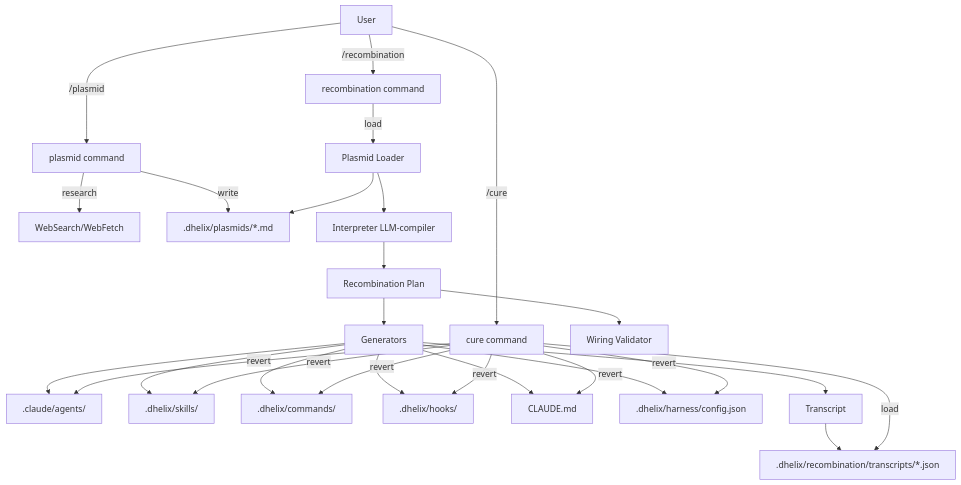
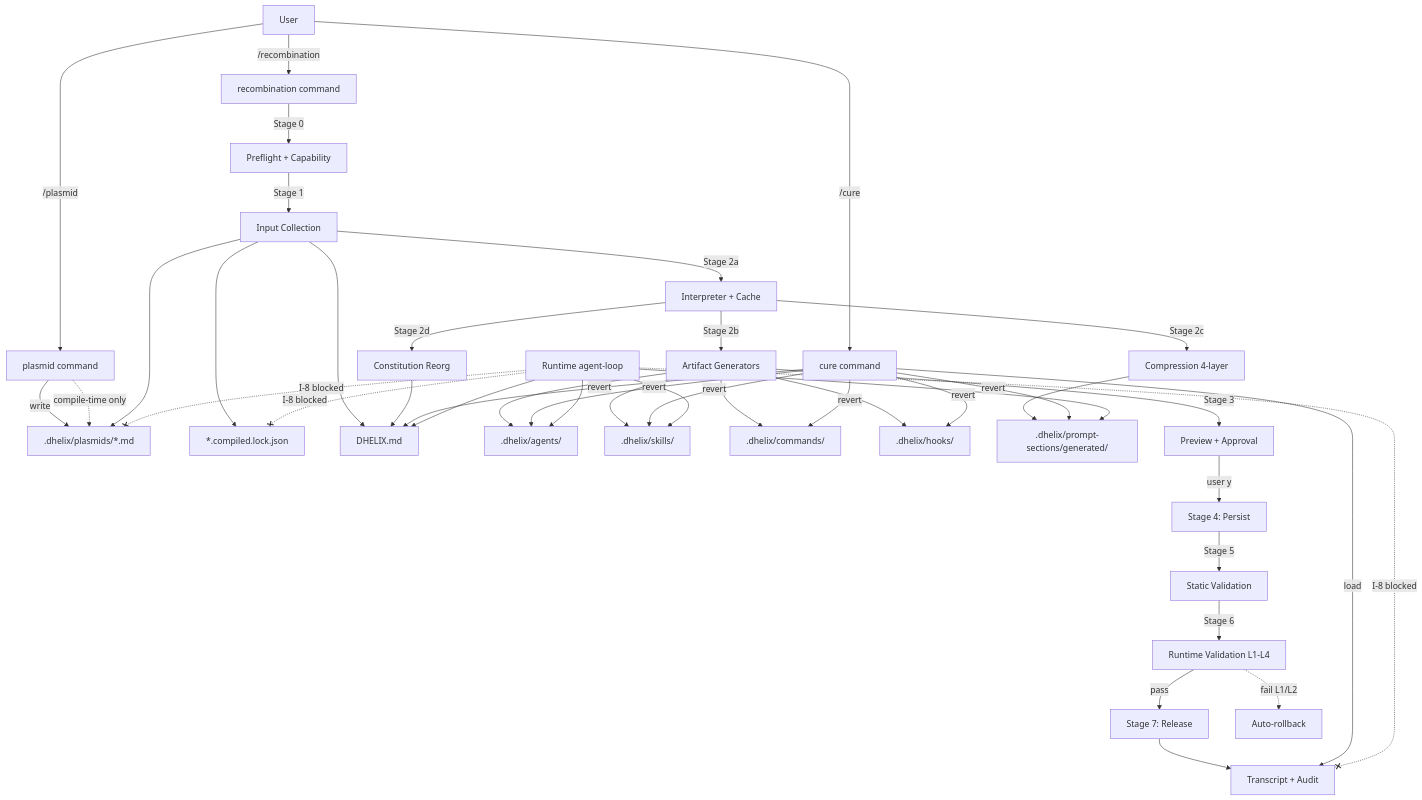
The diagram in docs/prd/plasmid-recombination-system.md (bigbulgogiburger/DHelix-Code), drawn with Mermaid before and after one commit. The commit also changed other lines of this file and 3 other files, not shown here.

````diff
--- a/docs/prd/plasmid-recombination-system.md
+++ b/docs/prd/plasmid-recombination-system.md
@@ -637,27 +867,50 @@
 ```mermaid
 graph TD
     U[User] -->|/plasmid| PCMD[plasmid command]
     U -->|/recombination| RCMD[recombination command]
     U -->|/cure| CCMD[cure command]
 
-    PCMD -->|research| WEB[WebSearch/WebFetch]
     PCMD -->|write| PFILE[.dhelix/plasmids/*.md]
+    PCMD -.compile-time only.-> PFILE
 
-    RCMD -->|load| PLOADER[Plasmid Loader]
-    PLOADER --> PFILE
-    PLOADER --> INTERP[Interpreter LLM-compiler]
-    INTERP --> PLAN[Recombination Plan]
-    PLAN --> GEN[Generators]
-    GEN --> AGENTS[.claude/agents/]
+    RCMD -->|Stage 0| PREFLIGHT[Preflight + Capability]
+    PREFLIGHT -->|Stage 1| INPUT[Input Collection]
+    INPUT --> PFILE
+    INPUT --> LOCK[*.compiled.lock.json]
+    INPUT --> DHELIX[DHELIX.md]
+    
+    INPUT -->|Stage 2a| INTERP[Interpreter + Cache]
+    INTERP -->|Stage 2b| GEN[Artifact Generators]
+    GEN --> AGENTS[.dhelix/agents/]
     GEN --> SKILLS[.dhelix/skills/]
     GEN --> CMDS[.dhelix/commands/]
     GEN --> HOOKS[.dhelix/hooks/]
-    GEN --> RULES[CLAUDE.md]
-    GEN --> HARNESS[.dhelix/harness/config.json]
-    GEN --> TRANS[Transcript]
-    TRANS --> TFILE[.dhelix/recombination/transcripts/*.json]
-    PLAN --> VALID[Wiring Validator]
+    
+    INTERP -->|Stage 2c| COMP[Compression 4-layer]
+    COMP --> PS[.dhelix/prompt-sections/generated/]
+    
+    INTERP -->|Stage 2d| REORG[Constitution Reorg]
+    REORG --> DHELIX
+    
+    GEN -->|Stage 3| PREVIEW[Preview + Approval]
+    PREVIEW -->|user y| PERSIST[Stage 4: Persist]
+    
+    PERSIST -->|Stage 5| SVAL[Static Validation]
+    SVAL -->|Stage 6| RVAL[Runtime Validation L1-L4]
+    RVAL -->|pass| RELEASE[Stage 7: Release]
+    RVAL -.fail L1/L2.-> ROLLBACK[Auto-rollback]
+    
+    RELEASE --> TRANS[Transcript + Audit]
 
-    CCMD -->|load| TFILE
-    CCMD -->|revert| AGENTS & SKILLS & CMDS & HOOKS & RULES & HARNESS
+    CCMD -->|load| TRANS
+    CCMD -->|revert| AGENTS & SKILLS & CMDS & HOOKS & PS & DHELIX
+    
+    %% Runtime (I-8 boundary)
+    AGENT_LOOP[Runtime agent-loop] --> PS
+    AGENT_LOOP --> DHELIX
+    AGENT_LOOP --> AGENTS
+    AGENT_LOOP --> SKILLS
+    AGENT_LOOP -.I-8 blocked.-x PFILE
+    AGENT_LOOP -.I-8 blocked.-x LOCK
+    AGENT_LOOP -.I-8 blocked.-x TRANS
 ```
````
